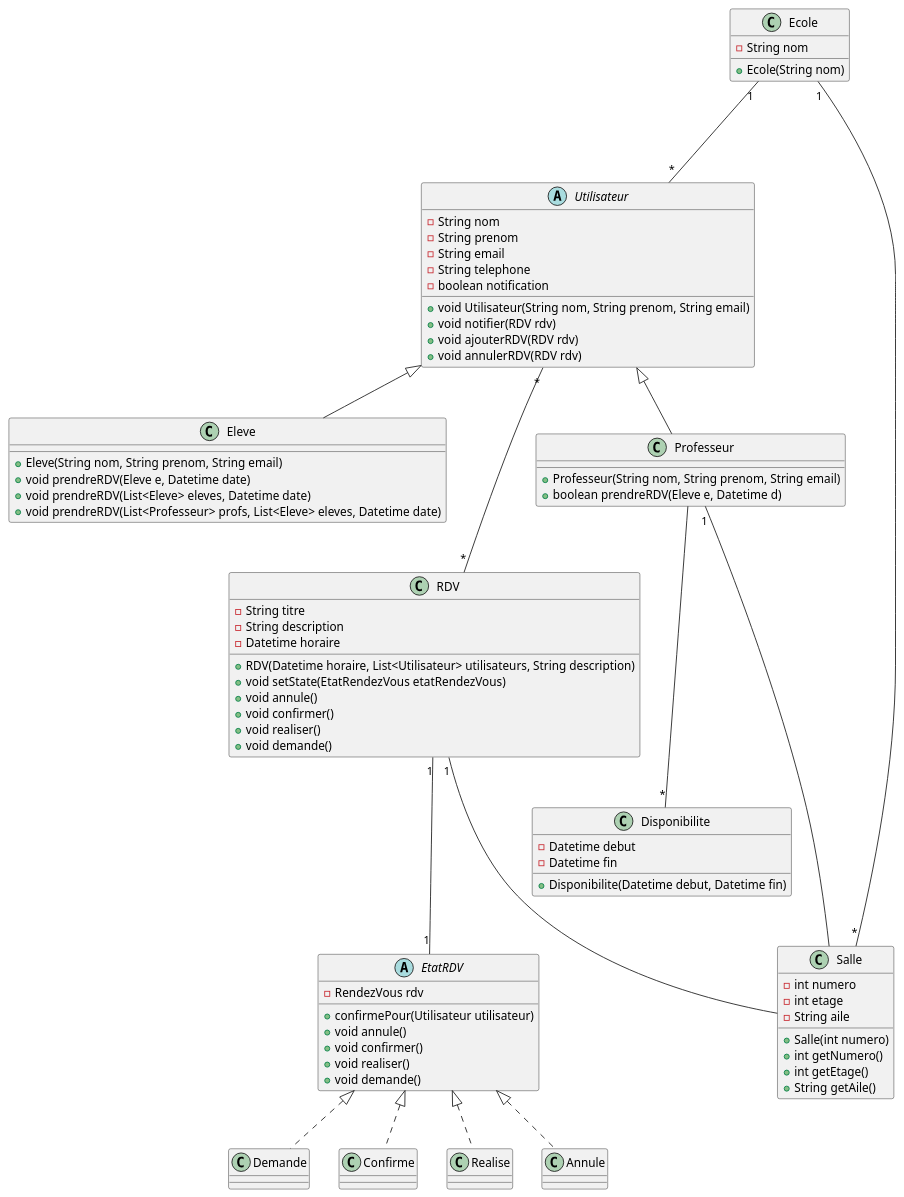
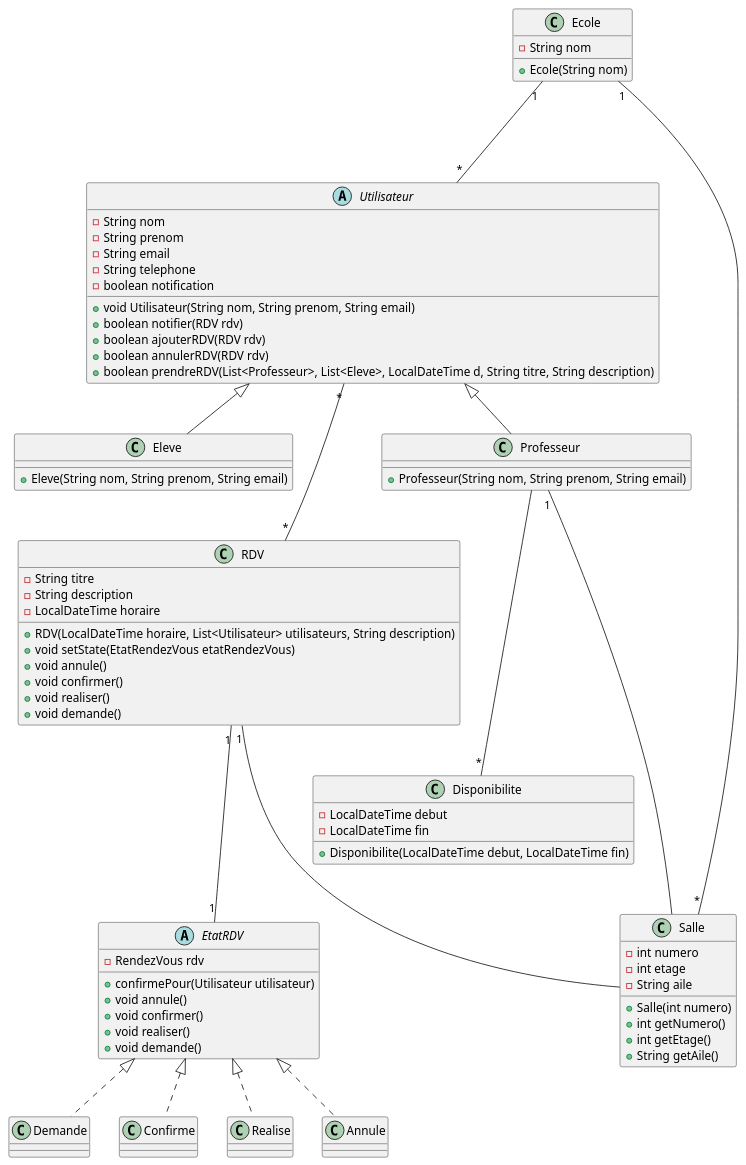
The diagram in Conception/DiagrameClasse.puml (Jcz125/meeting-manager-app), drawn with PlantUML before and after one commit.

Commit message:
modif diagramme de classes et signatures

```diff
--- a/Conception/DiagrameClasse.puml
+++ b/Conception/DiagrameClasse.puml
@@ -1,105 +1,102 @@
 @startuml Diagramme de classe
 
 abstract class Utilisateur {
     - String nom
     - String prenom
     - String email
     - String telephone
     - boolean notification
     
     + void Utilisateur(String nom, String prenom, String email)
-    + void notifier(RDV rdv)
-    + void ajouterRDV(RDV rdv)
-    + void annulerRDV(RDV rdv)
+    + boolean notifier(RDV rdv)
+    + boolean ajouterRDV(RDV rdv)
+    + boolean annulerRDV(RDV rdv)
+    + boolean prendreRDV(List<Professeur>, List<Eleve>, LocalDateTime d, String titre, String description)
 }
 
 class Professeur {
     + Professeur(String nom, String prenom, String email)
-    + boolean prendreRDV(Eleve e, Datetime d)
 }
 
 class Eleve {
     + Eleve(String nom, String prenom, String email)
-    + void prendreRDV(Eleve e, Datetime date)
-    + void prendreRDV(List<Eleve> eleves, Datetime date)
-    + void prendreRDV(List<Professeur> profs, List<Eleve> eleves, Datetime date)
 }
 
 class Disponibilite {
-    - Datetime debut
-    - Datetime fin
+    - LocalDateTime debut
+    - LocalDateTime fin
 
-    + Disponibilite(Datetime debut, Datetime fin)
+    + Disponibilite(LocalDateTime debut, LocalDateTime fin)
 }
 
 class RDV {
     - String titre
     - String description
-    - Datetime horaire
+    - LocalDateTime horaire
     
-    + RDV(Datetime horaire, List<Utilisateur> utilisateurs, String description)
+    + RDV(LocalDateTime horaire, List<Utilisateur> utilisateurs, String description)
     + void setState(EtatRendezVous etatRendezVous)
     + void annule()
     + void confirmer()
     + void realiser()
     + void demande()
 }
 
 abstract class EtatRDV {
     - RendezVous rdv
     + confirmePour(Utilisateur utilisateur)
     + void annule()
     + void confirmer()
     + void realiser()
     + void demande()
 }
 
 class Demande {
 }
 
 class Confirme {
 }
 
 class Realise {
 }
 
 class Annule {
 }
 
 
 class Ecole {
     - String nom
     + Ecole(String nom)
 }
 
 class Salle {
     - int numero
     - int etage
     - String aile
 
     + Salle(int numero)
     + int getNumero()
     + int getEtage()
     + String getAile()
 }
 
 
 Utilisateur "*" --- "*" RDV
 Ecole "1" --- "*" Utilisateur
 Ecole "1" --- "*" Salle
 
 
 EtatRDV <|.. Confirme
 EtatRDV <|.. Annule
 EtatRDV <|.. Realise
 EtatRDV <|.. Demande
 
 RDV "1" --- "1" EtatRDV
 RDV "1" --- Salle
 Professeur "1" --- Salle
 
 Utilisateur  <|--  Professeur
 Utilisateur  <|--  Eleve
 Professeur --- "*" Disponibilite
 
 @enduml
```
